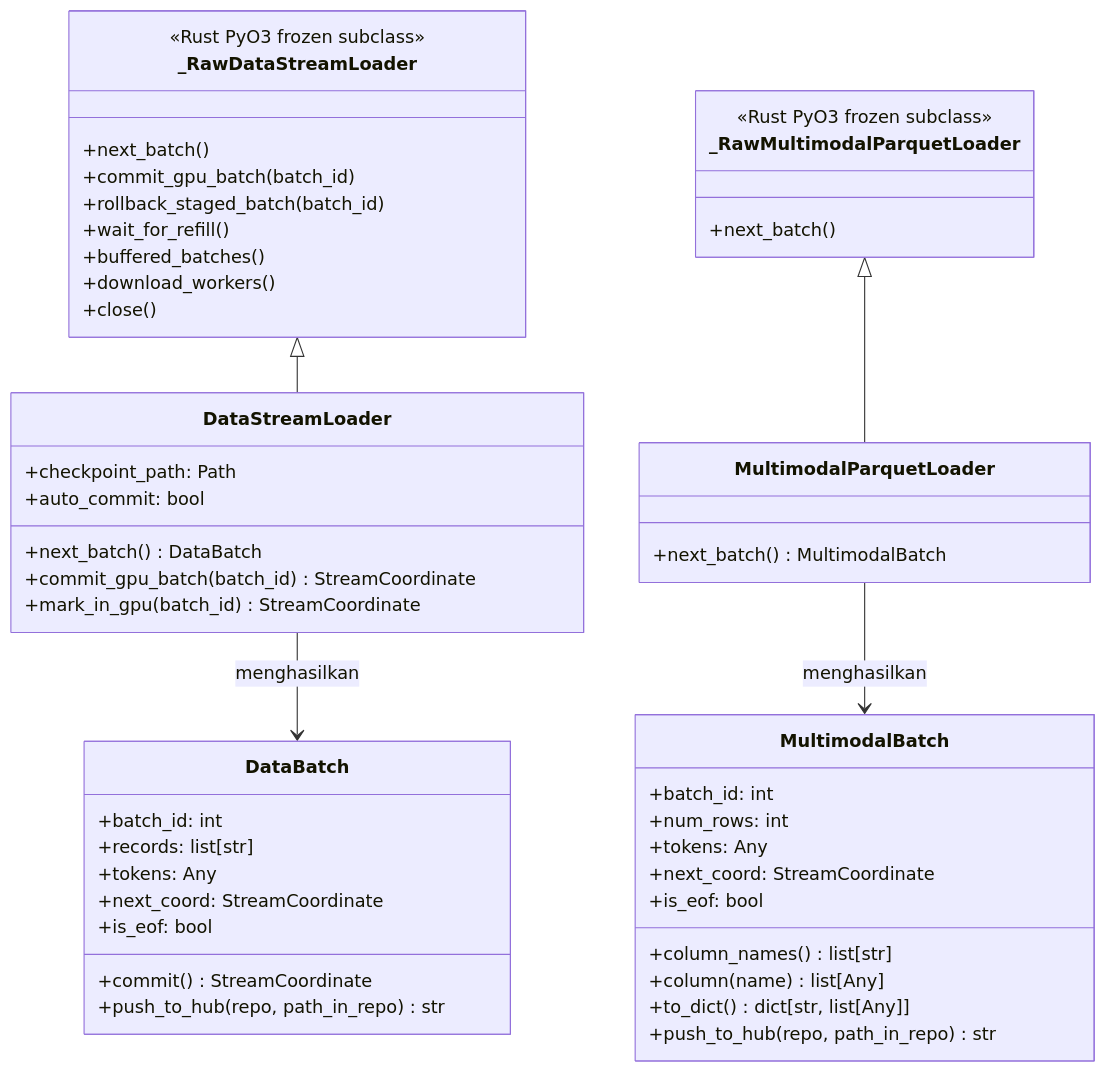
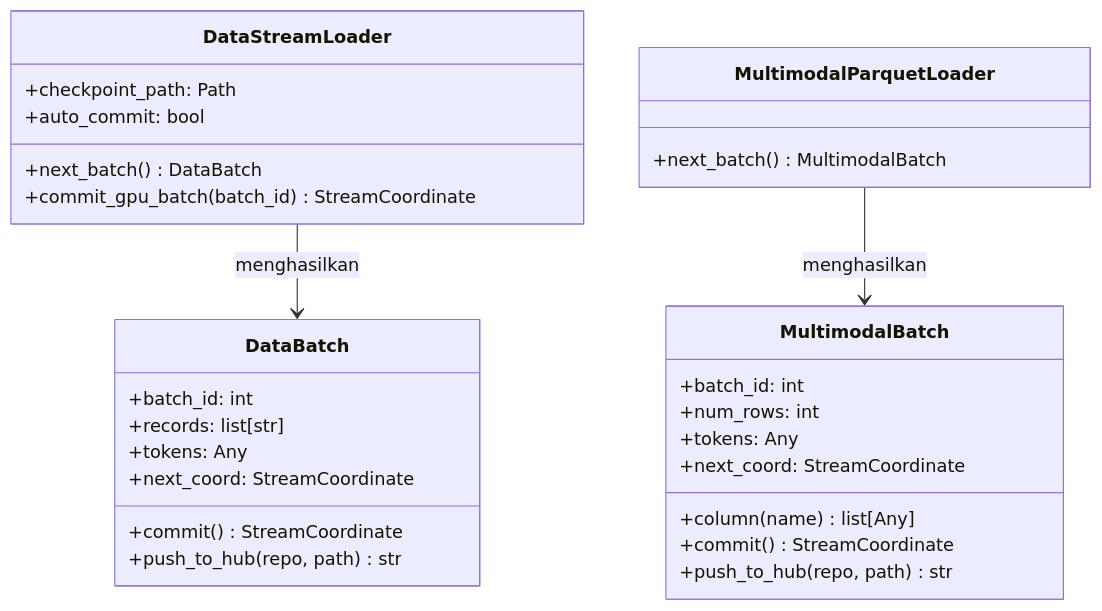
One commit to cloverx-id/luminamoon changed the diagram in docs/dataloader/python_ffi_and_runtime/README.id.md. Above: the diagram before and after it, drawn with Mermaid. The commit also changed 33 other files, not shown here.

Commit message:
change diagram style

````diff
--- a/docs/dataloader/python_ffi_and_runtime/README.id.md
+++ b/docs/dataloader/python_ffi_and_runtime/README.id.md
@@ -11,57 +11,35 @@
 ```mermaid
 classDiagram
-    class _RawDataStreamLoader {
-        <<Rust PyO3 frozen subclass>>
-        +next_batch()
-        +commit_gpu_batch(batch_id)
-        +rollback_staged_batch(batch_id)
-        +wait_for_refill()
-        +buffered_batches()
-        +download_workers()
-        +close()
-    }
-
     class DataStreamLoader {
         +checkpoint_path: Path
         +auto_commit: bool
         +next_batch() DataBatch
         +commit_gpu_batch(batch_id) StreamCoordinate
-        +mark_in_gpu(batch_id) StreamCoordinate
-    }
-
-    class _RawMultimodalParquetLoader {
-        <<Rust PyO3 frozen subclass>>
-        +next_batch()
     }
 
     class MultimodalParquetLoader {
         +next_batch() MultimodalBatch
     }
 
     class DataBatch {
         +batch_id: int
         +records: list[str]
         +tokens: Any
         +next_coord: StreamCoordinate
-        +is_eof: bool
         +commit() StreamCoordinate
-        +push_to_hub(repo, path_in_repo) str
+        +push_to_hub(repo, path) str
     }
 
     class MultimodalBatch {
         +batch_id: int
         +num_rows: int
         +tokens: Any
         +next_coord: StreamCoordinate
-        +is_eof: bool
-        +column_names() list[str]
         +column(name) list[Any]
-        +to_dict() dict[str, list[Any]]
-        +push_to_hub(repo, path_in_repo) str
+        +commit() StreamCoordinate
+        +push_to_hub(repo, path) str
     }
 
-    _RawDataStreamLoader <|-- DataStreamLoader
-    _RawMultimodalParquetLoader <|-- MultimodalParquetLoader
     DataStreamLoader --> DataBatch : menghasilkan
     MultimodalParquetLoader --> MultimodalBatch : menghasilkan
 ```
````
